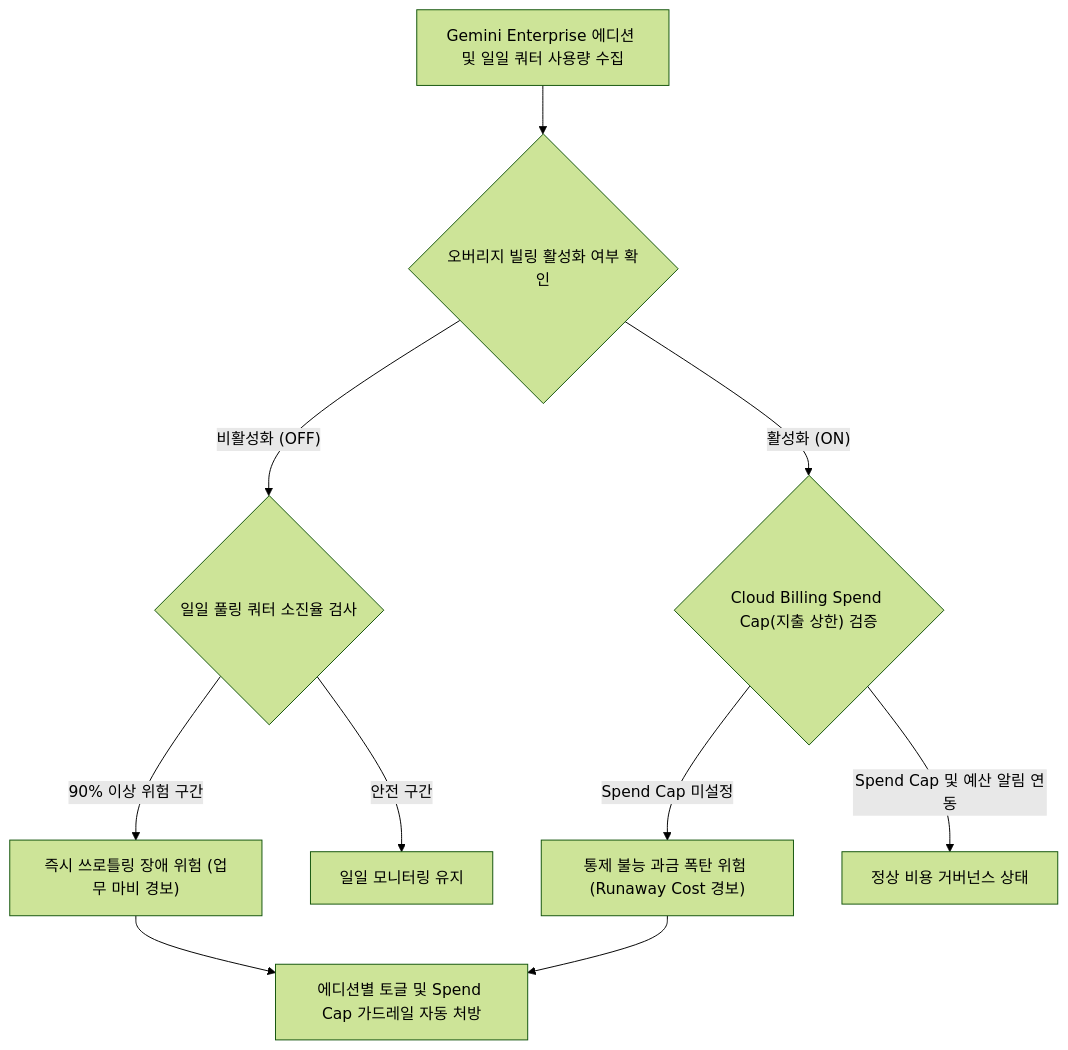
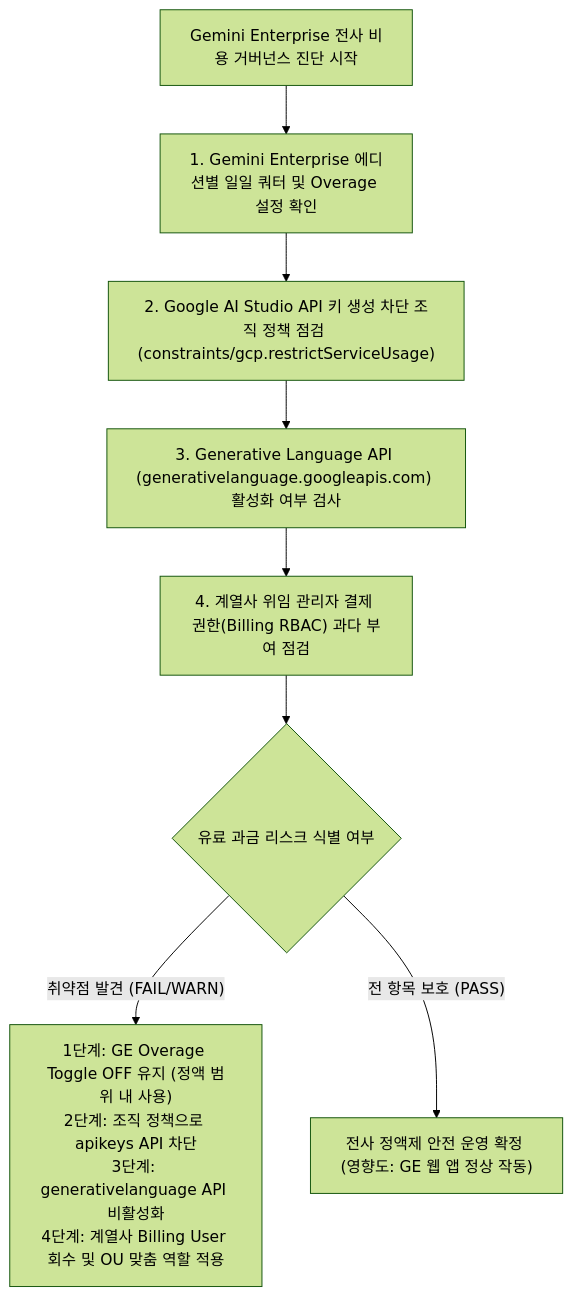
The diagram in samples/gemini-enterprise-overage-guard/README.md (jiangjun-forge/google-cloud-0-to-1), drawn with Mermaid (forest theme) before and after one commit. The commit also changed other lines of this file and 6 other files, not shown here.

````diff
--- a/samples/gemini-enterprise-overage-guard/README.md
+++ b/samples/gemini-enterprise-overage-guard/README.md
@@ -39,12 +43,10 @@
 ```mermaid
 flowchart TD
-    A["Gemini Enterprise 에디션 및 일일 쿼터 사용량 수집"] --> B{"오버리지 빌링 활성화 여부 확인"}
-    B -- "비활성화 (OFF)" --> C{"일일 풀링 쿼터 소진율 검사"}
-    C -- "90% 이상 위험 구간" --> D["즉시 쓰로틀링 장애 위험 (업무 마비 경보)"]
-    C -- "안전 구간" --> E["일일 모니터링 유지"]
-    B -- "활성화 (ON)" --> F{"Cloud Billing Spend Cap(지출 상한) 검증"}
-    F -- "Spend Cap 미설정" --> G["통제 불능 과금 폭탄 위험 (Runaway Cost 경보)"]
-    F -- "Spend Cap 및 예산 알림 연동" --> H["정상 비용 거버넌스 상태"]
-    D --> I["에디션별 토글 및 Spend Cap 가드레일 자동 처방"]
-    G --> I
+    A["Gemini Enterprise 전사 비용 거버넌스 진단 시작"] --> B["1. Gemini Enterprise 에디션별 일일 쿼터 및 Overage 설정 확인"]
+    B --> C["2. Google AI Studio API 키 생성 차단 조직 정책 점검 (constraints/gcp.restrictServiceUsage)"]
+    C --> D["3. Generative Language API (generativelanguage.googleapis.com) 활성화 여부 검사"]
+    D --> E["4. 계열사 위임 관리자 결제 권한(Billing RBAC) 과다 부여 점검"]
+    E --> F{"유료 과금 리스크 식별 여부"}
+    F -- "취약점 발견 (FAIL/WARN)" --> G["1단계: GE Overage Toggle OFF 유지 (정액 범위 내 사용)<br>2단계: 조직 정책으로 apikeys API 차단<br>3단계: generativelanguage API 비활성화<br>4단계: 계열사 Billing User 회수 및 OU 맞춤 역할 적용"]
+    F -- "전 항목 보호 (PASS)" --> H["전사 정액제 안전 운영 확정 (영향도: GE 웹 앱 정상 작동)"]
 ```
````
